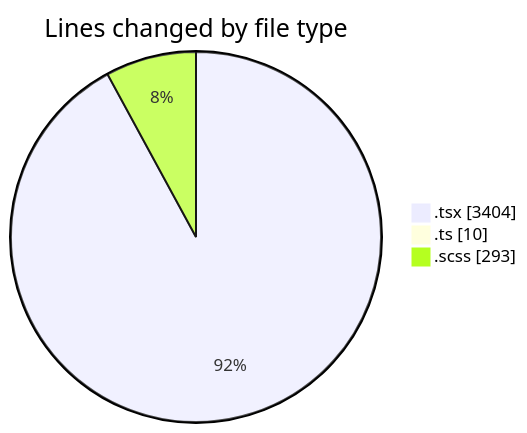
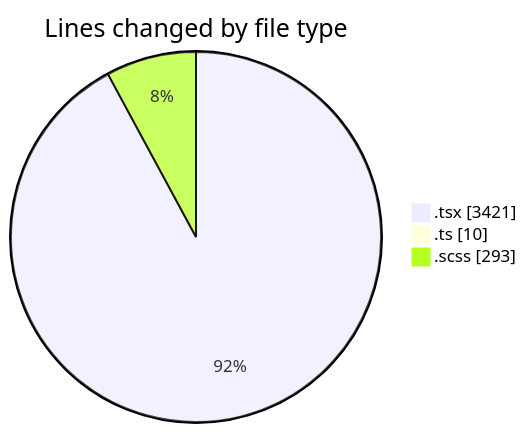
Before and after one commit to momahboobian/code-tracking: the first of 2 diagrams in 2025-11-17/cda/README.md, drawn with Mermaid. The commit also changed other lines of this file and 1 other file, not shown here.

````diff
--- a/2025-11-17/cda/README.md
+++ b/2025-11-17/cda/README.md
@@ -27,7 +27,7 @@
 ```mermaid
 pie showData
 title Lines changed by file type
-".tsx" : 3404
+".tsx" : 3421
 ".ts" : 10
 ".scss" : 293
 ```
````
